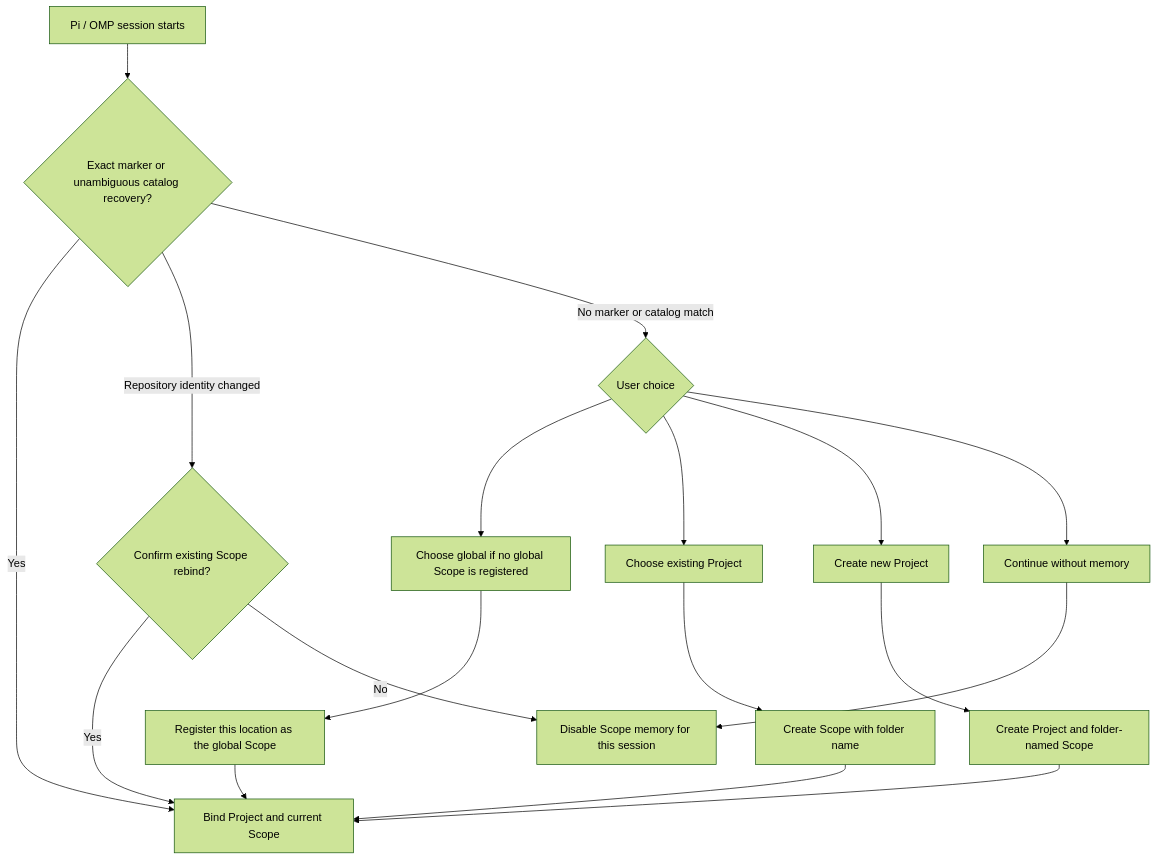
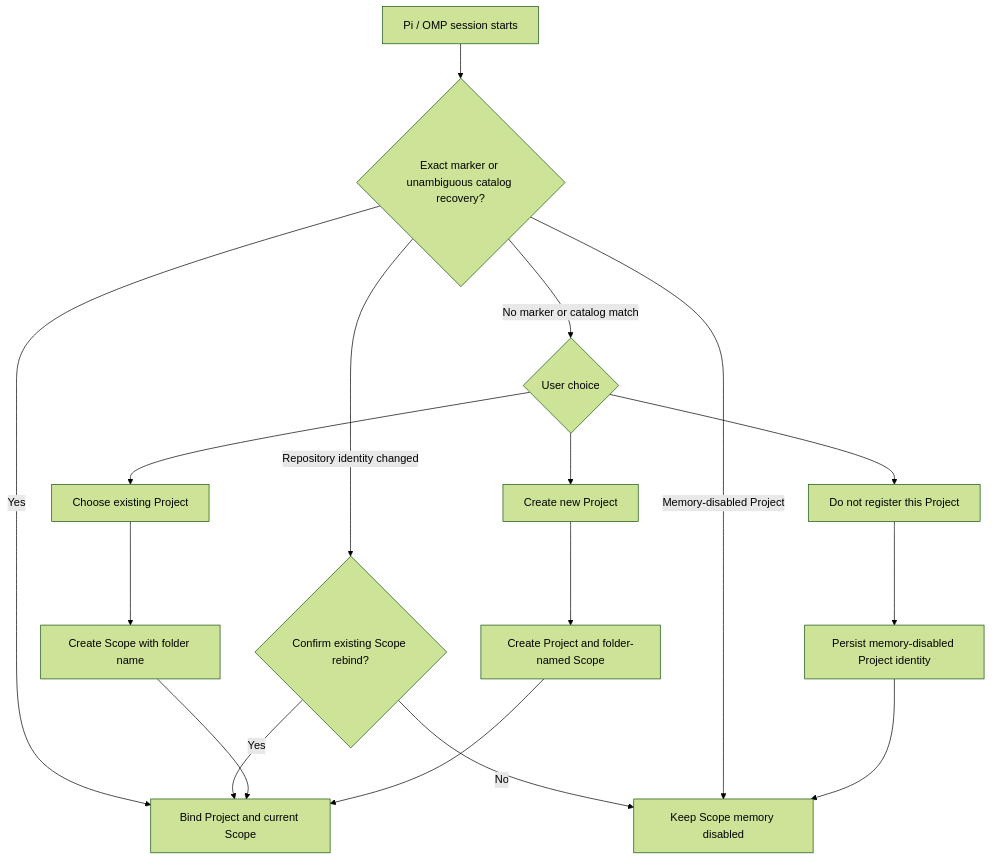
Before and after one commit to dudong2/pi-memory-orchestrator: the second of 4 diagrams in README.md, drawn with Mermaid (forest theme). The commit also changed other lines of this file and 18 other files, not shown here.

Commit message:
feat: remove global memory scope

````diff
--- a/README.md
+++ b/README.md
@@ -68,20 +65,19 @@
 ```mermaid
 flowchart TD
     Start[Pi / OMP session starts] --> Resolve{Exact marker or unambiguous catalog recovery?}
     Resolve -->|Yes| Bind[Bind Project and current Scope]
     Resolve -->|Repository identity changed| Rebind{Confirm existing Scope rebind?}
     Rebind -->|Yes| Bind
     Rebind -->|No| Disabled[Disable Scope memory for this session]
+    Resolve -->|Memory-disabled Project| Disabled[Keep Scope memory disabled]
     Resolve -->|No marker or catalog match| Choose{User choice}
-    Choose --> Global[Choose global if no global Scope is registered]
     Choose --> Existing[Choose existing Project]
     Choose --> New[Create new Project]
-    Choose --> None[Continue without memory]
-    Global --> GlobalScope[Register this location as the global Scope]
+    Choose --> None[Do not register this Project]
     Existing --> Scope[Create Scope with folder name]
     New --> First[Create Project and folder-named Scope]
-    GlobalScope --> Bind
     Scope --> Bind
     First --> Bind
-    None --> Disabled
+    None --> Persist[Persist memory-disabled Project identity]
+    Persist --> Disabled
 ```
````
